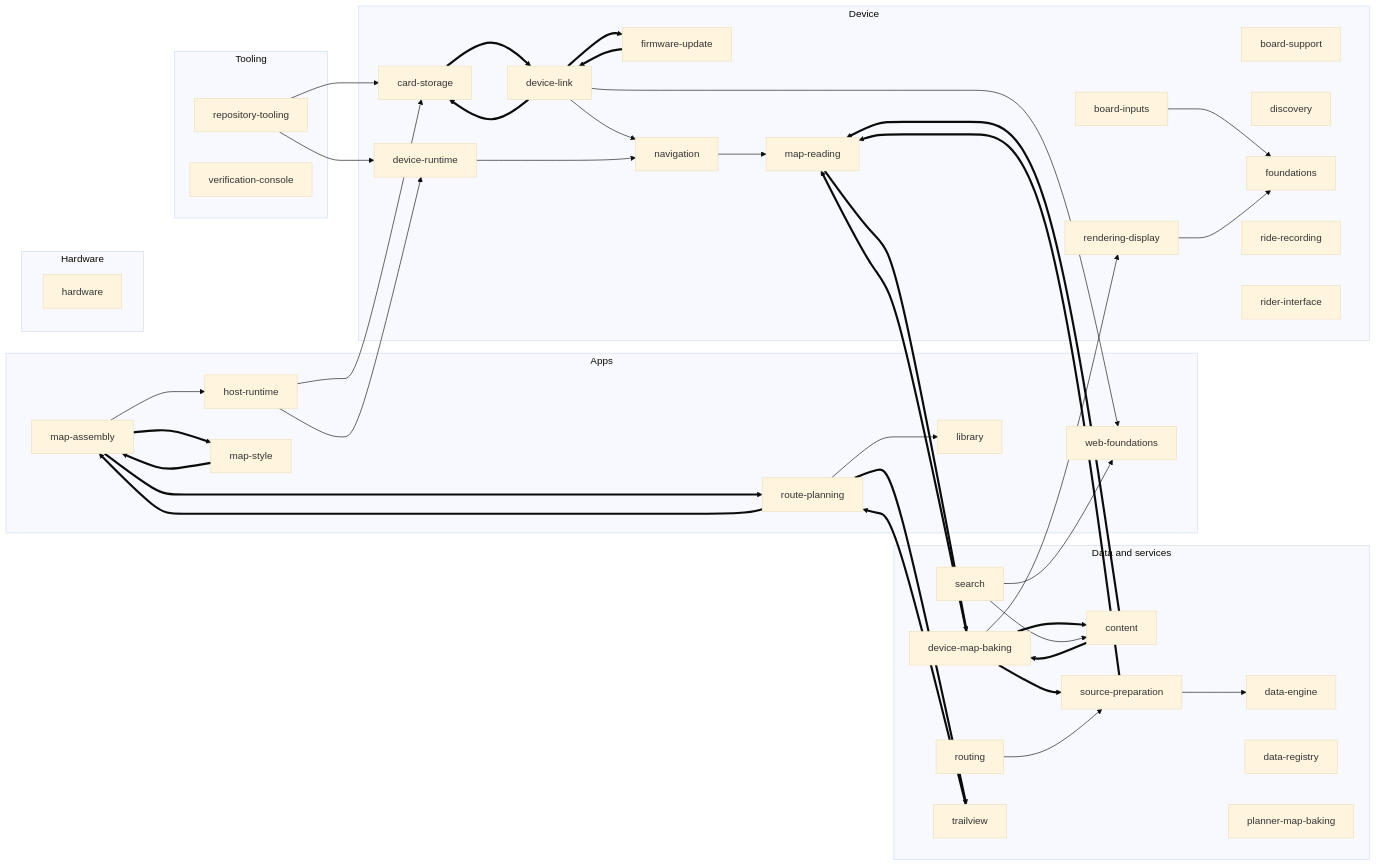
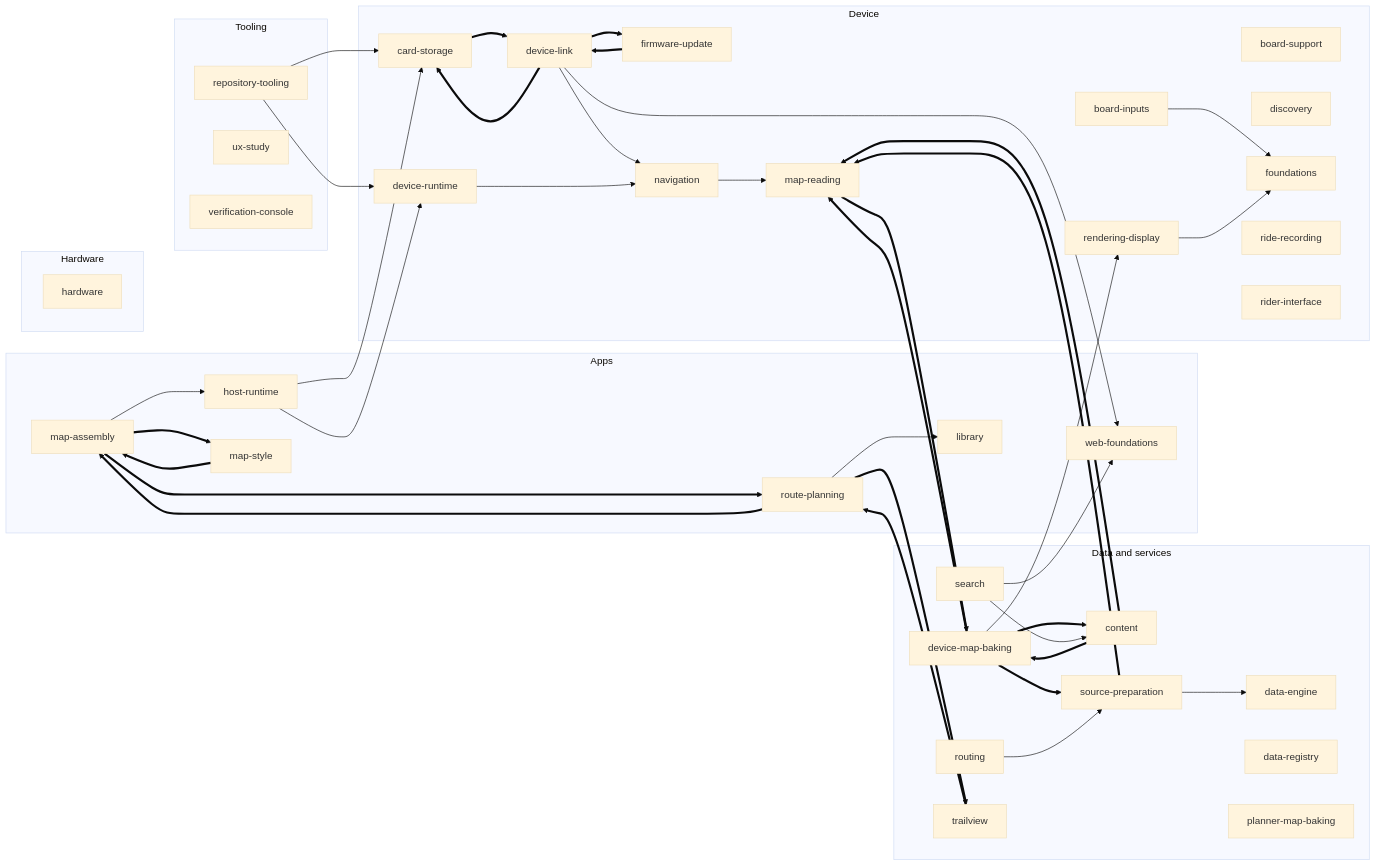
One commit to timohueser/OpenBikeComputer changed the diagram in docs/design/README.md. Above: the diagram before and after it, drawn with Mermaid (base theme). The commit also changed other lines of this file and 14 other files, not shown here.

````diff
--- a/docs/design/README.md
+++ b/docs/design/README.md
@@ -9,78 +9,79 @@
 ```mermaid
 flowchart LR
   subgraph area0["Apps"]
     s_host_runtime["host-runtime"]
     s_library["library"]
     s_map_assembly["map-assembly"]
     s_map_style["map-style"]
     s_route_planning["route-planning"]
     s_web_foundations["web-foundations"]
   end
   subgraph area1["Data and services"]
     s_content["content"]
     s_data_engine["data-engine"]
     s_data_registry["data-registry"]
     s_device_map_baking["device-map-baking"]
     s_planner_map_baking["planner-map-baking"]
     s_routing["routing"]
     s_search["search"]
     s_source_preparation["source-preparation"]
     s_trailview["trailview"]
   end
   subgraph area2["Device"]
     s_board_inputs["board-inputs"]
     s_board_support["board-support"]
     s_card_storage["card-storage"]
     s_device_link["device-link"]
     s_device_runtime["device-runtime"]
     s_discovery["discovery"]
     s_firmware_update["firmware-update"]
     s_foundations["foundations"]
     s_map_reading["map-reading"]
     s_navigation["navigation"]
     s_rendering_display["rendering-display"]
     s_ride_recording["ride-recording"]
     s_rider_interface["rider-interface"]
   end
   subgraph area3["Hardware"]
     s_hardware["hardware"]
   end
   subgraph area4["Tooling"]
     s_repository_tooling["repository-tooling"]
+    s_ux_study["ux-study"]
     s_verification_console["verification-console"]
   end
   s_board_inputs --> s_foundations
   s_card_storage ==> s_device_link
   s_content ==> s_device_map_baking
   s_content ==> s_map_reading
   s_device_link ==> s_card_storage
   s_device_link ==> s_firmware_update
   s_device_link --> s_navigation
   s_device_link --> s_web_foundations
   s_device_map_baking ==> s_content
   s_device_map_baking ==> s_map_reading
   s_device_map_baking --> s_rendering_display
   s_device_map_baking ==> s_source_preparation
   s_device_runtime --> s_navigation
   s_firmware_update ==> s_device_link
   s_host_runtime --> s_card_storage
   s_host_runtime --> s_device_runtime
   s_map_assembly --> s_host_runtime
   s_map_assembly ==> s_map_style
   s_map_assembly ==> s_route_planning
   s_map_reading ==> s_device_map_baking
   s_map_style ==> s_map_assembly
   s_navigation --> s_map_reading
   s_rendering_display --> s_foundations
   s_repository_tooling --> s_card_storage
   s_repository_tooling --> s_device_runtime
   s_route_planning --> s_library
   s_route_planning ==> s_map_assembly
   s_route_planning ==> s_trailview
   s_routing --> s_source_preparation
   s_search --> s_content
   s_search --> s_web_foundations
   s_source_preparation --> s_data_engine
   s_source_preparation ==> s_map_reading
   s_trailview ==> s_route_planning
 ```
````
